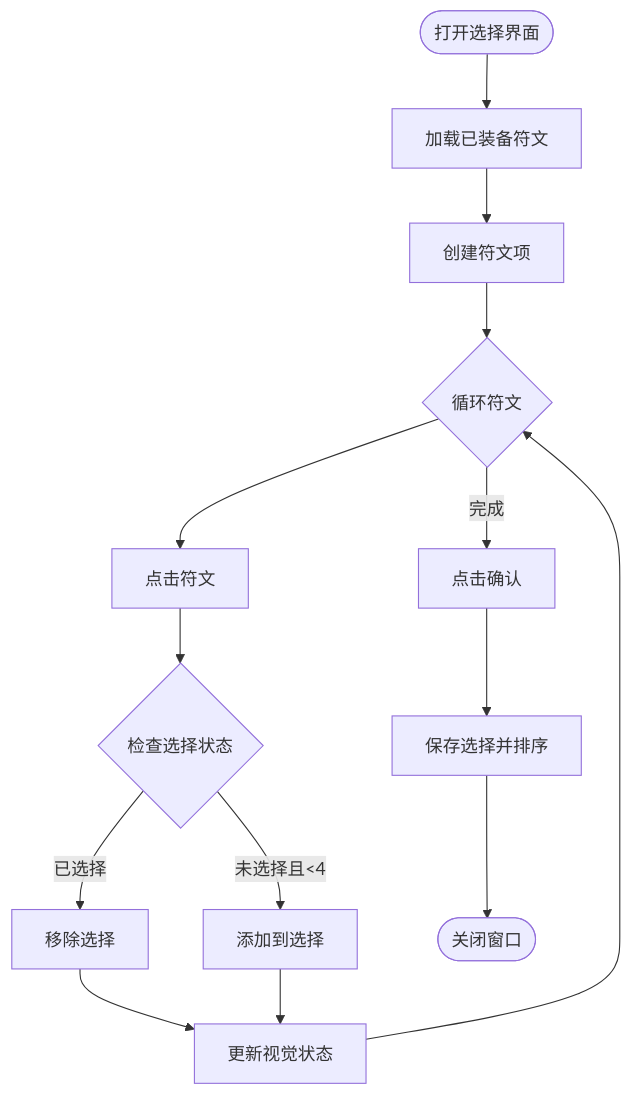
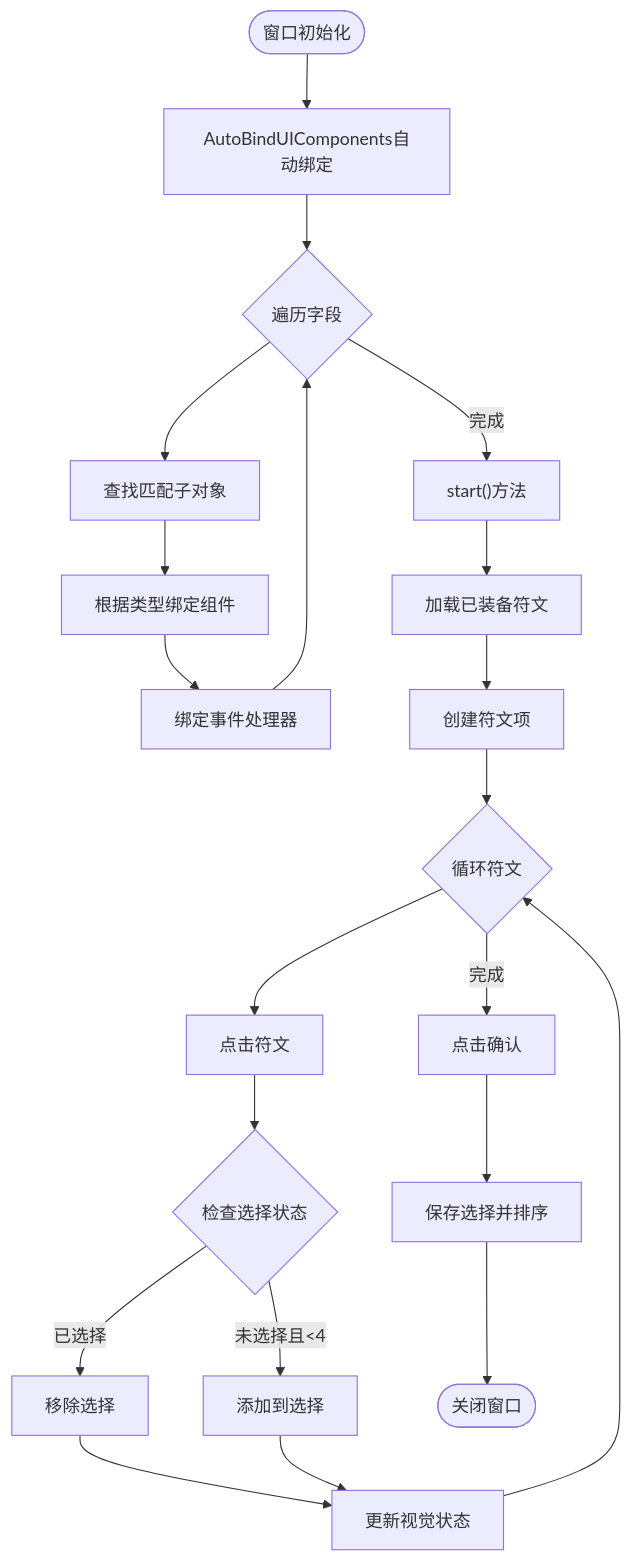
One commit to Tuusen/p1_client changed the fourth of 8 diagrams in .qoder/repowiki/zh/content/奥术系统/奥术系统.md. Above: the diagram before and after it, drawn with Mermaid. The commit also changed other lines of this file and 6 other files, not shown here.

````diff
--- a/.qoder/repowiki/zh/content/奥术系统/奥术系统.md
+++ b/.qoder/repowiki/zh/content/奥术系统/奥术系统.md
@@ -222,16 +242,23 @@
 ```mermaid
 flowchart TD
-Open(["打开选择界面"]) --> Load["加载已装备符文"]
+Init(["窗口初始化"]) --> AutoBind["AutoBindUIComponents自动绑定"]
+AutoBind --> FieldLoop{"遍历字段"}
+FieldLoop --> Match["查找匹配子对象"]
+Match --> Bind["根据类型绑定组件"]
+Bind --> EventBind["绑定事件处理器"]
+EventBind --> FieldLoop
+FieldLoop --> |完成| Start["start()方法"]
+Start --> Load["加载已装备符文"]
 Load --> Create["创建符文项"]
 Create --> Loop{"循环符文"}
 Loop --> Click["点击符文"]
 Click --> Check{"检查选择状态"}
 Check --> |已选择| Remove["移除选择"]
 Check --> |未选择且<4| Add["添加到选择"]
 Remove --> Update["更新视觉状态"]
 Add --> Update
 Update --> Loop
 Loop --> |完成| Confirm["点击确认"]
 Confirm --> Save["保存选择并排序"]
 Save --> Close(["关闭窗口"])
 ```
````
